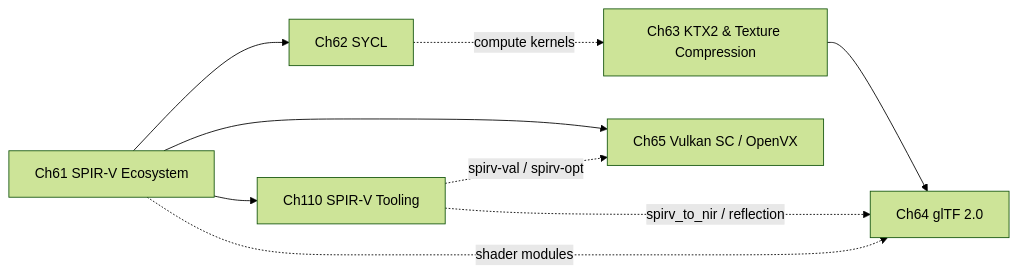
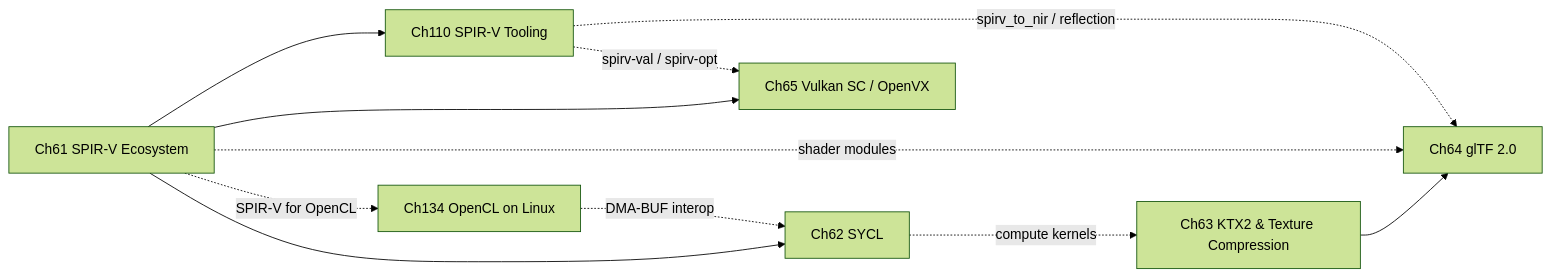
Before and after one commit to jreuben11/linux-graphics-stack-book: the diagram in chapters/part-14-khronos-ecosystem/part-intro.md, drawn with Mermaid (forest theme). The commit also changed other lines of this file and 2 other files, not shown here.

````diff
--- a/chapters/part-14-khronos-ecosystem/part-intro.md
+++ b/chapters/part-14-khronos-ecosystem/part-intro.md
@@ -21,11 +23,13 @@
 ```mermaid
 graph LR
     CH61[Ch61 SPIR-V Ecosystem] --> CH62[Ch62 SYCL]
     CH61 --> CH65[Ch65 Vulkan SC / OpenVX]
     CH61 --> CH110[Ch110 SPIR-V Tooling]
+    CH61 -.->|SPIR-V for OpenCL| CH134[Ch134 OpenCL on Linux]
     CH63[Ch63 KTX2 & Texture Compression] --> CH64[Ch64 glTF 2.0]
     CH61 -.->|shader modules| CH64
     CH62 -.->|compute kernels| CH63
     CH110 -.->|spirv-val / spirv-opt| CH65
     CH110 -.->|spirv_to_nir / reflection| CH64
+    CH134 -.->|DMA-BUF interop| CH62
 ```
````
